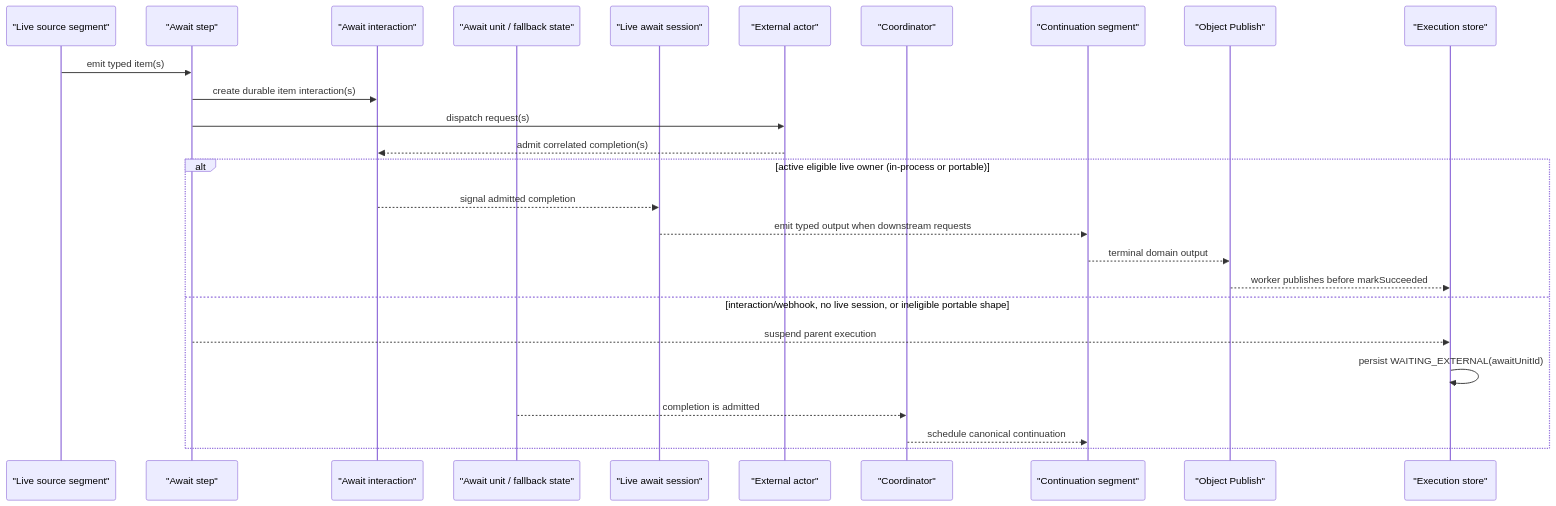
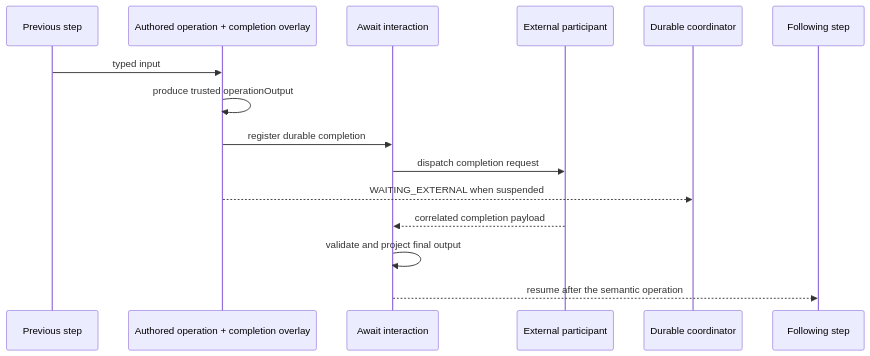
Before and after one commit to The-Pipeline-Framework/pipelineframework: the diagram in docs/architecture/await-boundaries.md, drawn with Mermaid. The commit also changed other lines of this file and 168 other files, not shown here.

Commit message:
Make Await an orthogonal deferred-completion modifier

````diff
--- a/docs/architecture/await-boundaries.md
+++ b/docs/architecture/await-boundaries.md
@@ -152,29 +164,18 @@
 ```mermaid
 sequenceDiagram
-    participant Source as "Live source segment"
-    participant Await as "Await step"
-    participant Interaction as "Await interaction"
-    participant Unit as "Await unit / fallback state"
-    participant Live as "Live await session"
-    participant External as "External actor"
-    participant Coordinator as "Coordinator"
-    participant Continue as "Continuation segment"
-    participant Publish as "Object Publish"
-    participant Store as "Execution store"
+    participant Source as Previous step
+    participant Operation as Authored operation + completion overlay
+    participant Interaction as Await interaction
+    participant External as External participant
+    participant Store as Durable coordinator
+    participant Continue as Following step
 
-    Source->>Await: emit typed item(s)
-    Await->>Interaction: create durable item interaction(s)
-    Await->>External: dispatch request(s)
-    External-->>Interaction: admit correlated completion(s)
-    alt active eligible live owner (in-process or portable)
-      Interaction-->>Live: signal admitted completion
-      Live-->>Continue: emit typed output when downstream requests
-      Continue-->>Publish: terminal domain output
-      Publish-->>Store: worker publishes before markSucceeded
-    else interaction/webhook, no live session, or ineligible portable shape
-      Await-->>Store: suspend parent execution
-      Store->>Store: persist WAITING_EXTERNAL(awaitUnitId)
-      Unit-->>Coordinator: completion is admitted
-      Coordinator-->>Continue: schedule canonical continuation
-    end
+    Source->>Operation: typed input
+    Operation->>Operation: produce trusted operationOutput
+    Operation->>Interaction: register durable completion
+    Interaction->>External: dispatch completion request
+    Operation-->>Store: WAITING_EXTERNAL when suspended
+    External-->>Interaction: correlated completion payload
+    Interaction->>Interaction: validate and project final output
+    Interaction-->>Continue: resume after the semantic operation
 ```
````
